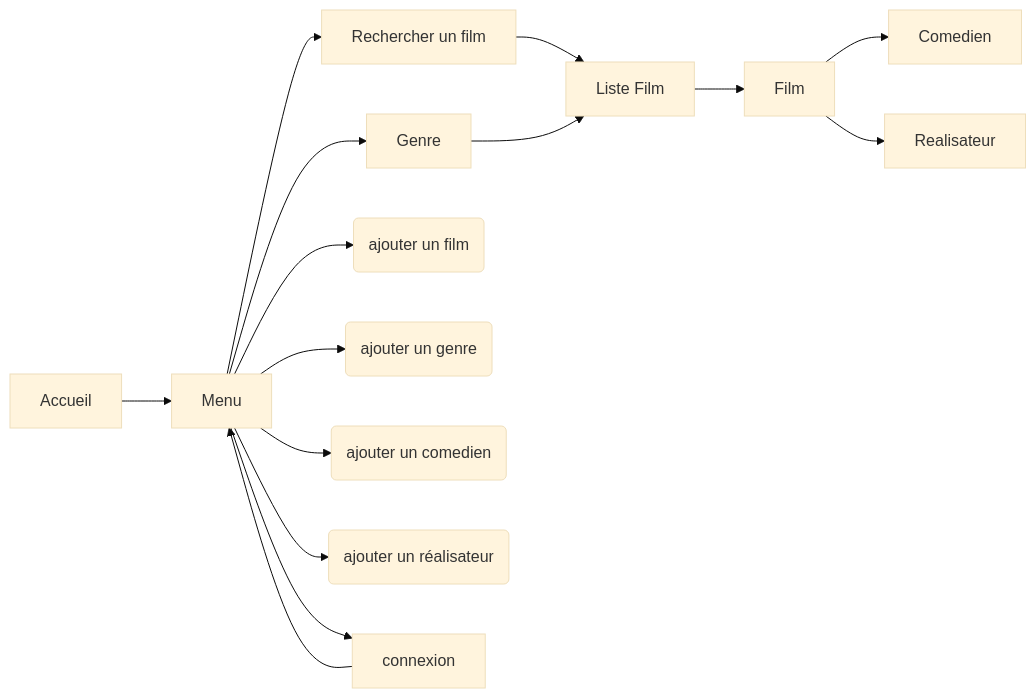
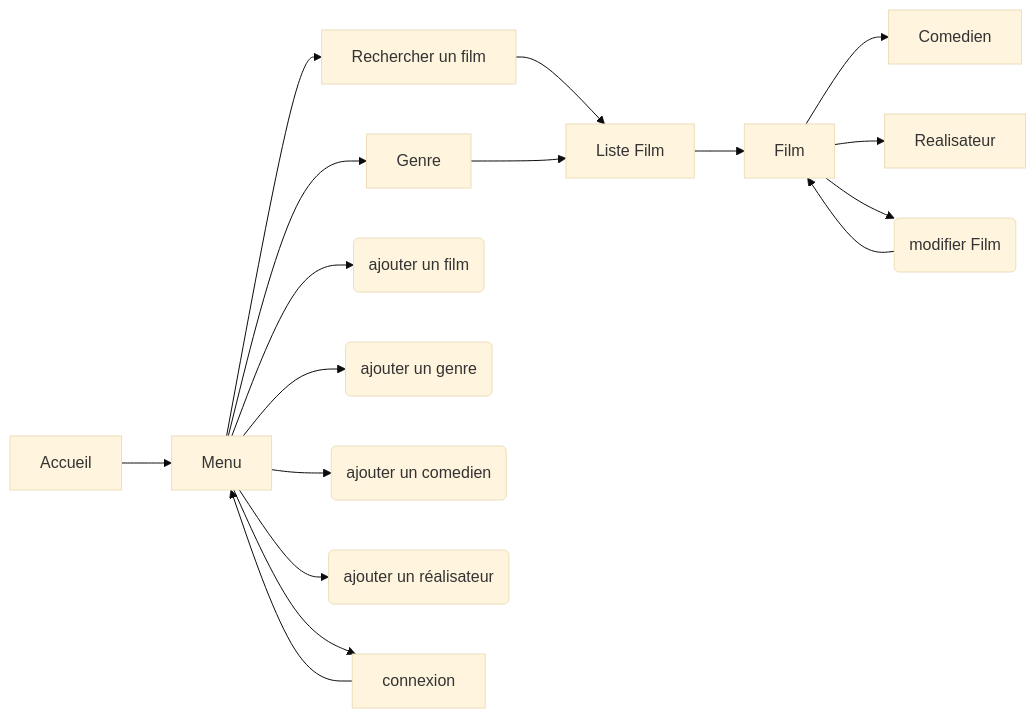
One commit to Remynder0/cours_BUT_24-25 changed the first of 3 diagrams in README.md. Above: the diagram before and after it, drawn with Mermaid (base theme). The commit also changed other lines of this file, not shown here.

````diff
--- a/README.md
+++ b/README.md
@@ -120,30 +120,32 @@
 ```mermaid
 graph LR
 
 A[Accueil]
 E[Menu]
 C[Rechercher un film]
 D[Liste Film] 
 B[Film]
+N(modifier Film)
 M[Genre]
 J[Comedien]
 F(ajouter un film)
 G(ajouter un genre) 
 H(ajouter un comedien) 
 I(ajouter un réalisateur)
 K[connexion]
 L[Realisateur]
 
 A --> E --> C --> D --> B --> J
 B --> L
+B --> N --> B
 E --> F
 E --> G
 E --> H
 E --> I
 E --> K --> E
 E --> M --> D
 
 
 
 
 ```
````
